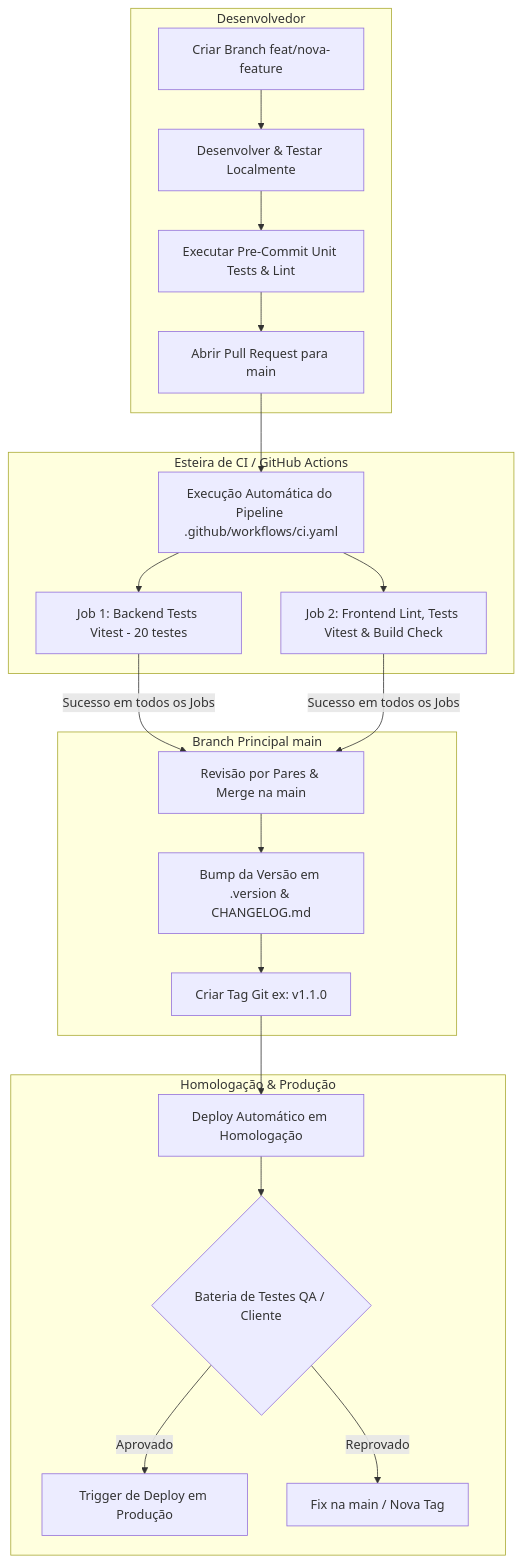
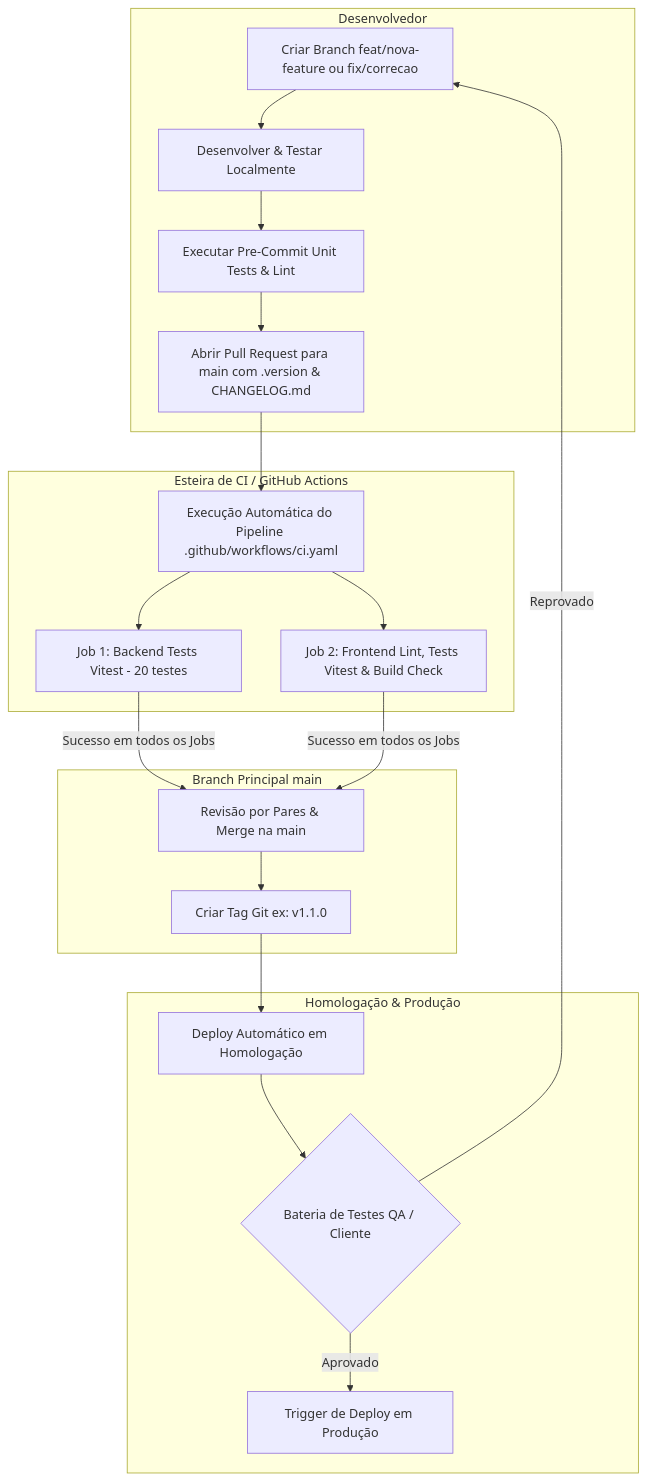
The diagram in docs/Fluxo-de-Desenvolvimento.md (PedroCezardev/neogenomica-devtest), drawn with Mermaid before and after one commit. The commit also changed other lines of this file and 4 other files, not shown here.

````diff
--- a/docs/Fluxo-de-Desenvolvimento.md
+++ b/docs/Fluxo-de-Desenvolvimento.md
@@ -25,27 +29,26 @@
 ```mermaid
 flowchart TD
     subgraph Desenvolvedor
-        A[Criar Branch feat/nova-feature] --> B[Desenvolver & Testar Localmente]
-        B --> C[Executar Pre-Commit Unit Tests & Lint]
-        C --> D[Abrir Pull Request para main]
+        A["Criar Branch feat/nova-feature ou fix/correcao"] --> B["Desenvolver & Testar Localmente"]
+        B --> C["Executar Pre-Commit Unit Tests & Lint"]
+        C --> D["Abrir Pull Request para main com .version & CHANGELOG.md"]
     end
 
     subgraph Esteira de CI / GitHub Actions
-        D --> E[Execução Automática do Pipeline .github/workflows/ci.yaml]
-        E --> F[Job 1: Backend Tests Vitest - 20 testes]
-        E --> G[Job 2: Frontend Lint, Tests Vitest & Build Check]
+        D --> E["Execução Automática do Pipeline .github/workflows/ci.yaml"]
+        E --> F["Job 1: Backend Tests Vitest - 20 testes"]
+        E --> G["Job 2: Frontend Lint, Tests Vitest & Build Check"]
     end
 
     subgraph Branch Principal main
-        F & G -->|Sucesso em todos os Jobs| H[Revisão por Pares & Merge na main]
-        H --> I[Bump da Versão em .version & CHANGELOG.md]
-        I --> J[Criar Tag Git ex: v1.1.0]
+        F & G -->|Sucesso em todos os Jobs| H["Revisão por Pares & Merge na main"]
+        H --> I["Criar Tag Git ex: v1.1.0"]
     end
 
     subgraph Homologação & Produção
-        J --> K[Deploy Automático em Homologação]
-        K --> L{Bateria de Testes QA / Cliente}
-        L -->|Aprovado| M[Trigger de Deploy em Produção]
-        L -->|Reprovado| N[Fix na main / Nova Tag]
+        I --> J["Deploy Automático em Homologação"]
+        J --> K{"Bateria de Testes QA / Cliente"}
+        K -->|Aprovado| L["Trigger de Deploy em Produção"]
+        K -->|Reprovado| A
     end
 ```
````
